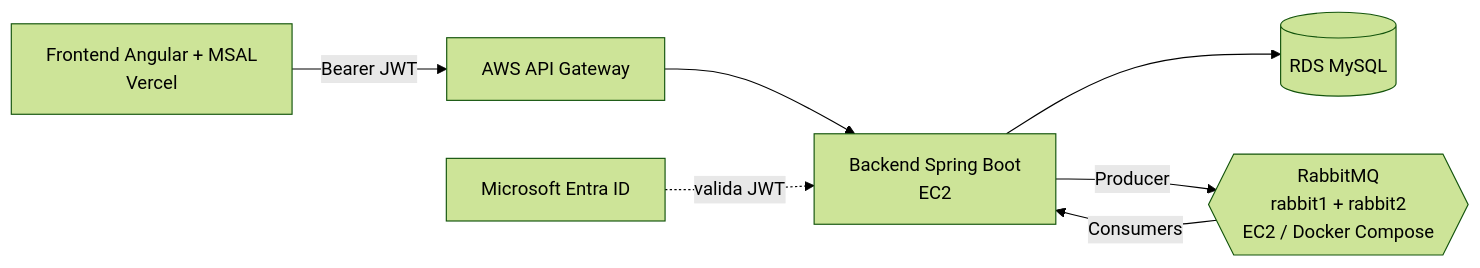
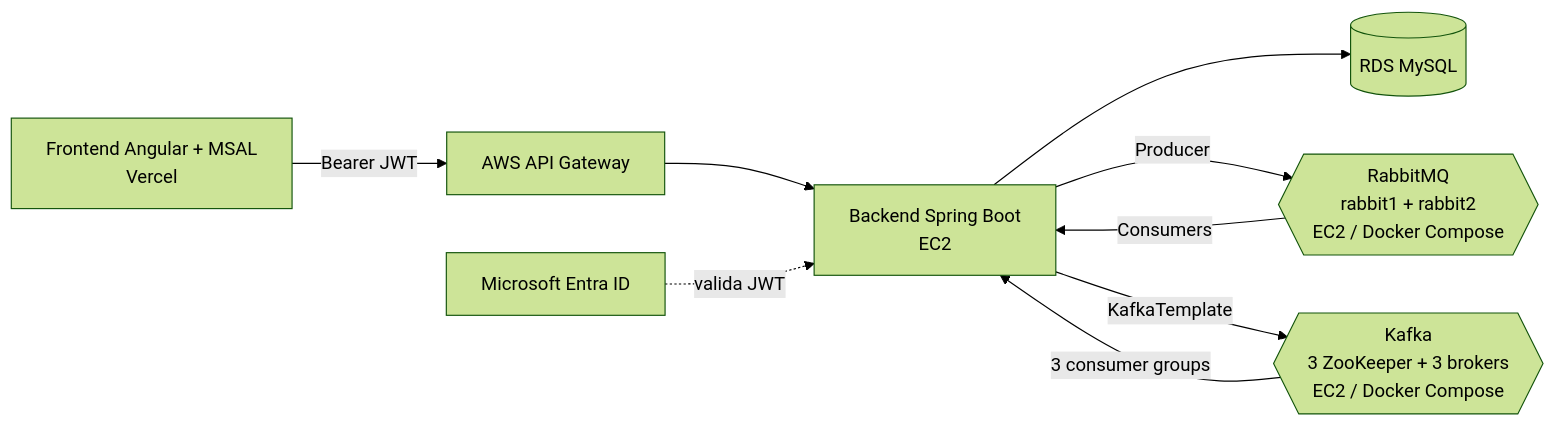
Before and after one commit to metamistyk/pedidos360-backend: the first of 2 diagrams in README.md, drawn with Mermaid (forest theme). The commit also changed other lines of this file and 17 other files, not shown here.

````diff
--- a/README.md
+++ b/README.md
@@ -9,9 +10,11 @@
 ```mermaid
 flowchart LR
   FE[Frontend Angular + MSAL<br/>Vercel] -->|Bearer JWT| GW[AWS API Gateway]
   GW --> API[Backend Spring Boot<br/>EC2]
   API --> DB[(RDS MySQL)]
   API -->|Producer| RMQ{{RabbitMQ<br/>rabbit1 + rabbit2<br/>EC2 / Docker Compose}}
   RMQ -->|Consumers| API
+  API -->|KafkaTemplate| KFK{{Kafka<br/>3 ZooKeeper + 3 brokers<br/>EC2 / Docker Compose}}
+  KFK -->|3 consumer groups| API
   ENTRA[Microsoft Entra ID] -. valida JWT .-> API
 ```
````
